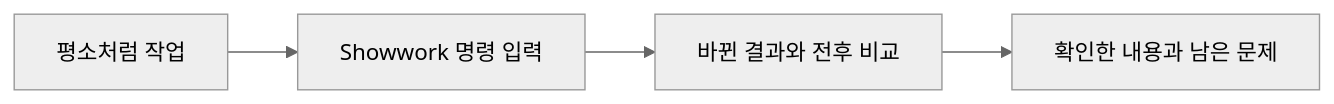
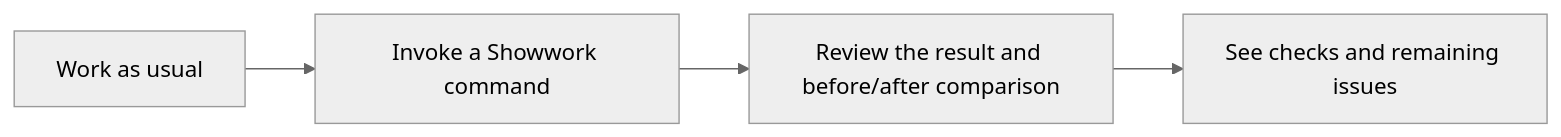
The diagram in README.md (cwsbrian/showwork), drawn with Mermaid (neutral theme) before and after one commit. The commit also changed other lines of this file and 12 other files, not shown here.

````diff
--- a/README.md
+++ b/README.md
@@ -7,6 +7,6 @@
 ```mermaid
 flowchart LR
-    A[평소처럼 작업] --> B[Showwork 명령 입력]
-    B --> C[바뀐 결과와 전후 비교]
-    C --> D[확인한 내용과 남은 문제]
+    A[Work as usual] --> B[Invoke a Showwork command]
+    B --> C[Review the result and before/after comparison]
+    C --> D[See checks and remaining issues]
 ```
````
